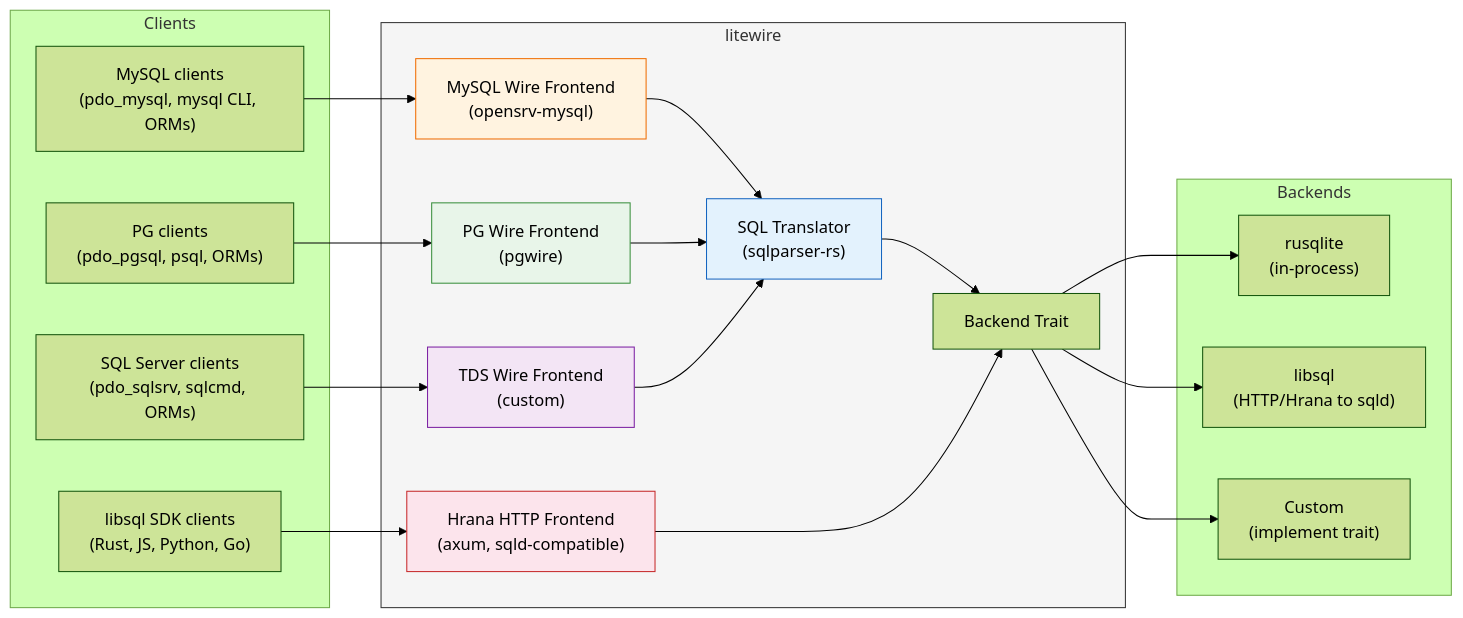
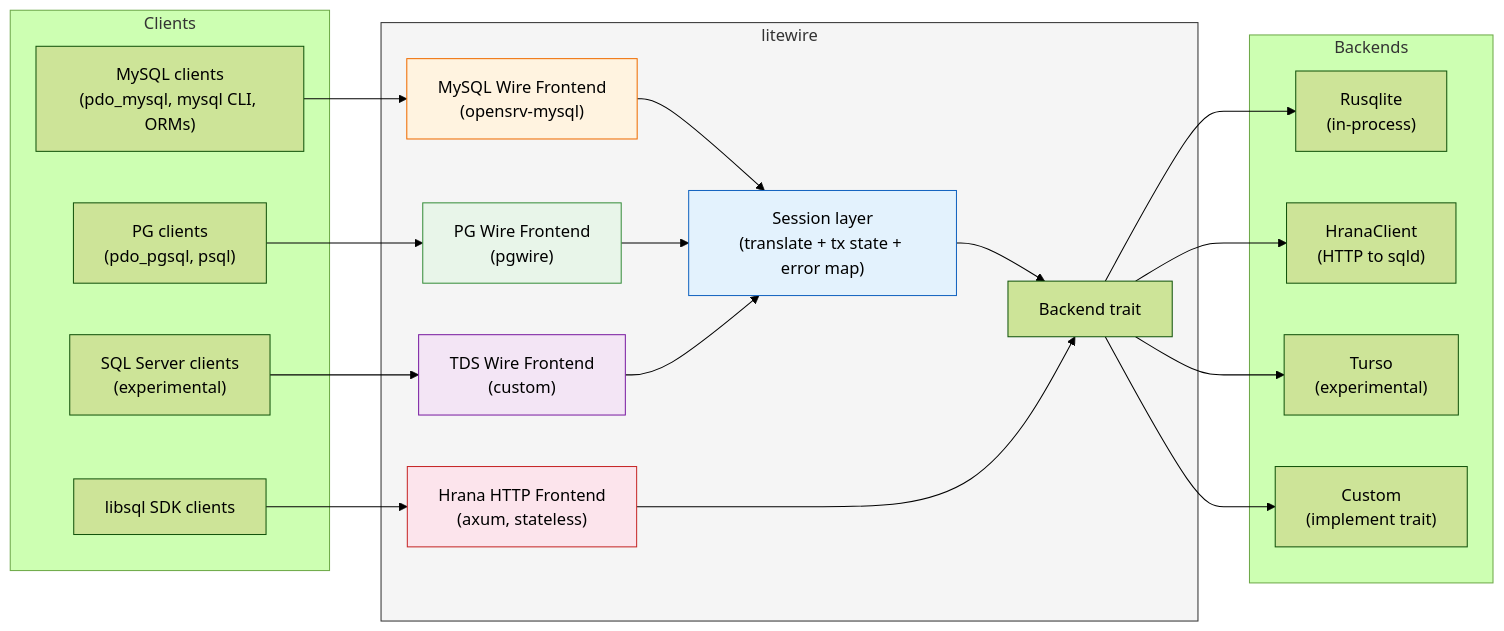
Before and after one commit to ephpm/litewire: the diagram in docs/architecture.md, drawn with Mermaid (forest theme). The commit also changed other lines of this file and 18 other files, not shown here.

First line of the commit message:
docs: truth batch — rewrite architecture.md from source, real sql-translation.md, README fixes; 0.2.0 scaffolding (#33)

````diff
--- a/docs/architecture.md
+++ b/docs/architecture.md
@@ -7,44 +13,46 @@
 ```mermaid
 graph LR
     subgraph clients["Clients"]
         mysql_client["MySQL clients\n(pdo_mysql, mysql CLI, ORMs)"]
-        pg_client["PG clients\n(pdo_pgsql, psql, ORMs)"]
-        tds_client["SQL Server clients\n(pdo_sqlsrv, sqlcmd, ORMs)"]
-        hrana_client["libsql SDK clients\n(Rust, JS, Python, Go)"]
+        pg_client["PG clients\n(pdo_pgsql, psql)"]
+        tds_client["SQL Server clients\n(experimental)"]
+        hrana_client["libsql SDK clients"]
     end
 
     subgraph litewire["litewire"]
         mysql_fe["MySQL Wire Frontend\n(opensrv-mysql)"]
         pg_fe["PG Wire Frontend\n(pgwire)"]
         tds_fe["TDS Wire Frontend\n(custom)"]
-        hrana_fe["Hrana HTTP Frontend\n(axum, sqld-compatible)"]
-        translator["SQL Translator\n(sqlparser-rs)"]
-        backend_trait["Backend Trait"]
+        hrana_fe["Hrana HTTP Frontend\n(axum, stateless)"]
+        session["Session layer\n(translate + tx state + error map)"]
+        backend_trait["Backend trait"]
     end
 
     subgraph backends["Backends"]
-        rusqlite["rusqlite\n(in-process)"]
-        libsql["libsql\n(HTTP/Hrana to sqld)"]
+        rusqlite["Rusqlite\n(in-process)"]
+        hrana_be["HranaClient\n(HTTP to sqld)"]
+        turso["Turso\n(experimental)"]
         custom["Custom\n(implement trait)"]
     end
 
     mysql_client --> mysql_fe
     pg_client --> pg_fe
     tds_client --> tds_fe
     hrana_client --> hrana_fe
-    mysql_fe --> translator
-    pg_fe --> translator
-    tds_fe --> translator
-    translator --> backend_trait
+    mysql_fe --> session
+    pg_fe --> session
+    tds_fe --> session
+    session --> backend_trait
     hrana_fe --> backend_trait
     backend_trait --> rusqlite
-    backend_trait --> libsql
+    backend_trait --> hrana_be
+    backend_trait --> turso
     backend_trait --> custom
 
     style litewire fill:#f5f5f5,stroke:#333
-    style translator fill:#e3f2fd,stroke:#1565c0
+    style session fill:#e3f2fd,stroke:#1565c0
     style mysql_fe fill:#fff3e0,stroke:#ef6c00
     style pg_fe fill:#e8f5e9,stroke:#388e3c
     style tds_fe fill:#f3e5f5,stroke:#7b1fa2
     style hrana_fe fill:#fce4ec,stroke:#c62828
 ```
````
